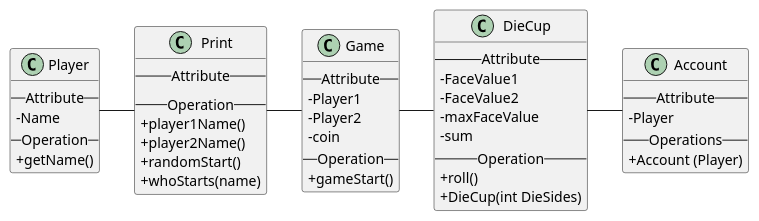
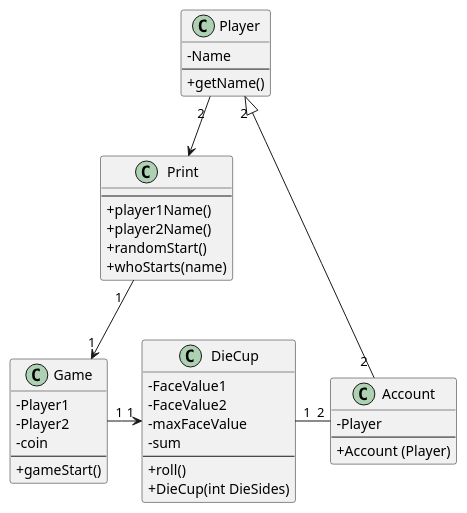
One commit to Jakob-SA/CDIO-2 changed the diagram in src/plantUML_Diagrams/Design class diagram.puml. Above: the diagram before and after it, drawn with PlantUML.

Commit message:
Design Class Diagram V4

```diff
--- a/src/plantUML_Diagrams/Design class diagram.puml
+++ b/src/plantUML_Diagrams/Design class diagram.puml
@@ -1,48 +1,44 @@
 @startuml
 'https://plantuml.com/class-diagram
 skinparam classAttributeIconSize 0
 class Account {
---Attribute--
 - Player
---Operations--
+----
 + Account (Player)
 }
 
 class Player {
---Attribute--
 -Name
---Operation--
+----
 +getName()
 }
 class DieCup {
---Attribute--
 - FaceValue1
 - FaceValue2
 - maxFaceValue
 - sum
---Operation--
+----
 +roll()
 +DieCup(int DieSides)
 }
 class Print {
---Attribute--
---Operation--
+----
 +player1Name()
 +player2Name()
 +randomStart()
 +whoStarts(name)
 }
 
 class Game {
---Attribute--
 -Player1
 -Player2
 -coin
---Operation--
+----
 +gameStart()
 }
-Player - Print
-Print - Game
-Game - DieCup
-DieCup - Account
+Player "2 "--> Print
+Print "1  "--> "1"Game
+Game "1     " -> "1"DieCup
+DieCup "1"- "    2"Account
+Player "2"<|- "2 "Account
 @enduml
```
